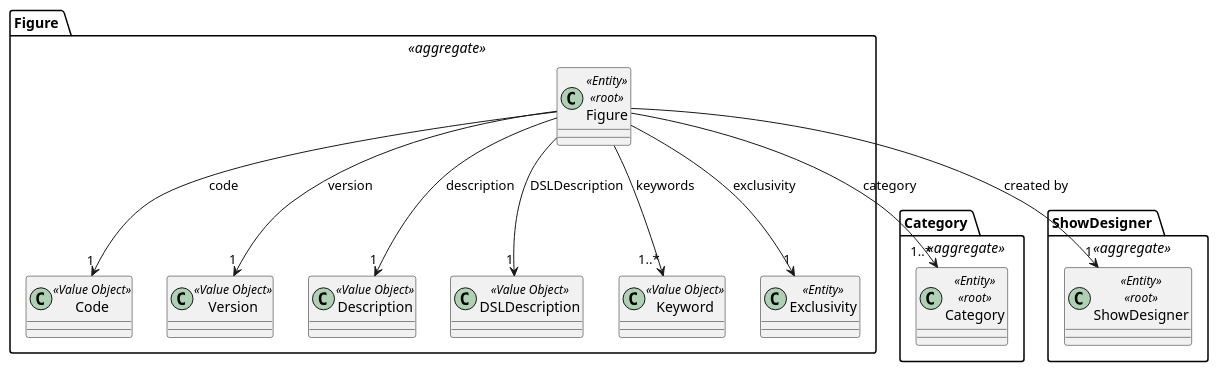
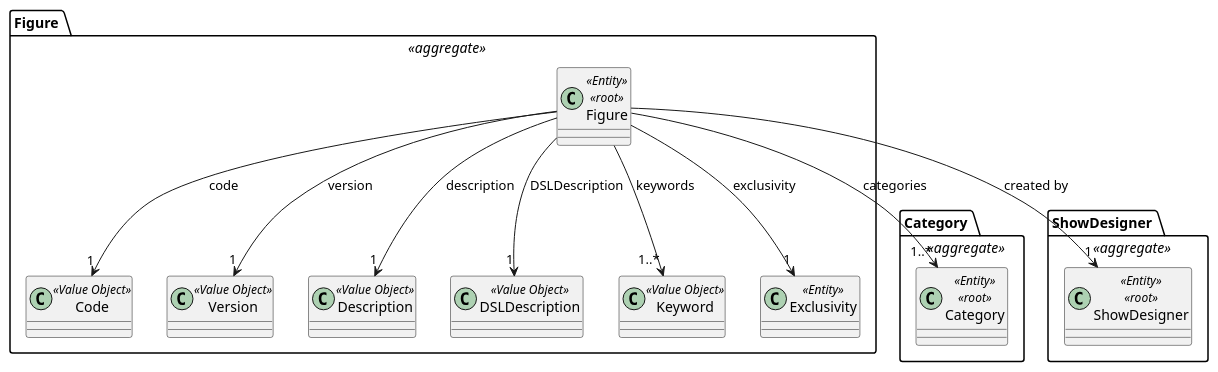
The diagram in docs/SPRINT_2/US233/puml/domain_model_us233.puml (diogoveirospro/sem4pi-2024-2025-sem4pi_2024_2025_g44), drawn with PlantUML before and after one commit. The commit also changed 31 other files, not shown here.

Commit message:
#6 #21 #22 #23 #24 Correction of method names and the variable name of figure categories in the design of some USs

```diff
--- a/docs/SPRINT_2/US233/puml/domain_model_us233.puml
+++ b/docs/SPRINT_2/US233/puml/domain_model_us233.puml
@@ -1,55 +1,55 @@
 @startuml
 
 package "Figure " <<aggregate>> {
 
     class Figure <<Entity>> <<root>>{
     }
 
     class Code <<Value Object>>{
     }
 
     class Version <<Value Object>>{
     }
 
     class Description <<Value Object>>{
     }
 
     class DSLDescription <<Value Object>>{
     }
 
     class Keyword <<Value Object>>{
     }
 
     class Exclusivity <<Entity>>{
     }
 
 
     'Figure -> x
     Figure --> "1" DSLDescription: DSLDescription
     Figure --> "1..*" Keyword: keywords
     Figure --> "1" Exclusivity: exclusivity
     Figure --> "1" Code: code
     Figure --> "1" Version: version
     Figure --> "1" Description: description
 
 }
 
 package "Category " <<aggregate>>{
 
     class Category <<Entity>> <<root>>{
     }
 
     'Figure -> x
-    Figure --> "1..*" Category: category
+    Figure --> "1..*" Category: categories
 }
 
 package "ShowDesigner " <<aggregate>>{
 
     class ShowDesigner <<Entity>> <<root>>{
     }
 
     'Figure -> x
     Figure --> "1" ShowDesigner: created by
 }
 
 @enduml
```
